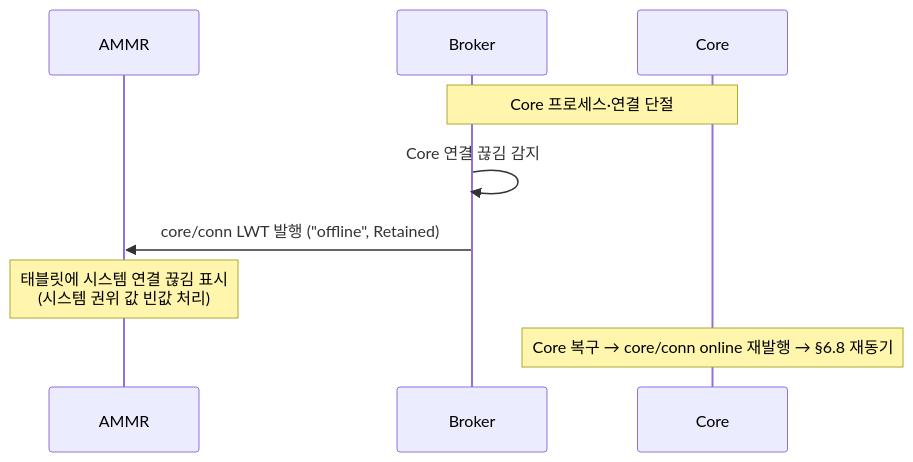
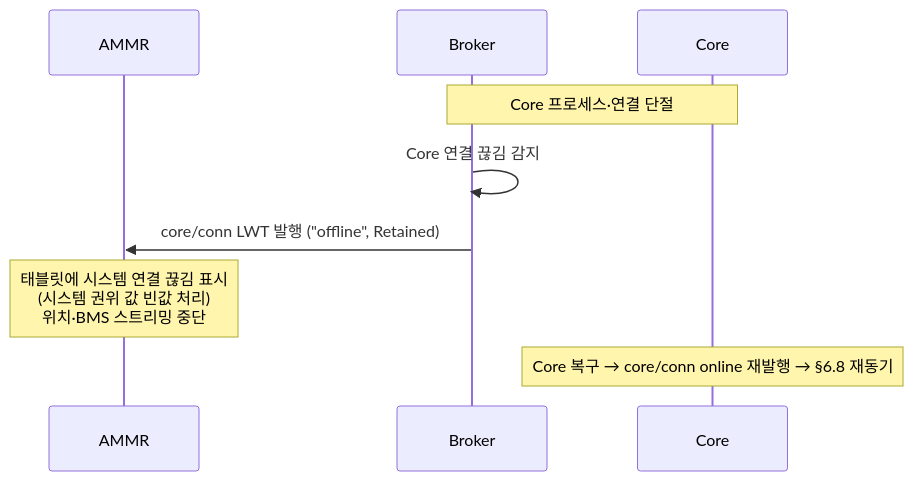
One commit to kimminsu0315/Core-Docs changed the fifth of 13 diagrams in docs/out/Core_ICD_AMMR.md. Above: the diagram before and after it, drawn with Mermaid. The commit also changed other lines of this file and 17 other files, not shown here.

````diff
--- a/docs/out/Core_ICD_AMMR.md
+++ b/docs/out/Core_ICD_AMMR.md
@@ -300,12 +307,12 @@
 ```mermaid
 sequenceDiagram
     participant A as AMMR
     participant B as Broker
     participant C as Core
 
     Note over C,B: Core 프로세스·연결 단절
     B->>B: Core 연결 끊김 감지
     B->>A: core/conn LWT 발행 ("offline", Retained)
-    Note over A: 태블릿에 시스템 연결 끊김 표시<br/>(시스템 권위 값 빈값 처리)
+    Note over A: 태블릿에 시스템 연결 끊김 표시<br/>(시스템 권위 값 빈값 처리)<br/>위치·BMS 스트리밍 중단
     Note over C: Core 복구 → core/conn online 재발행 → §6.8 재동기
 ```
````
